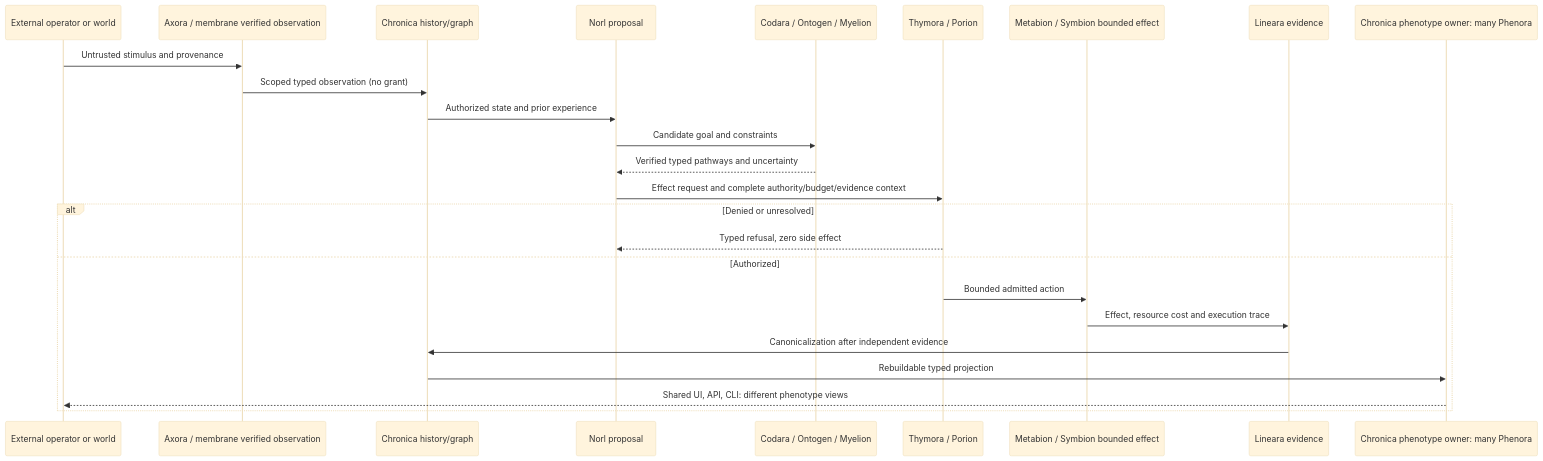
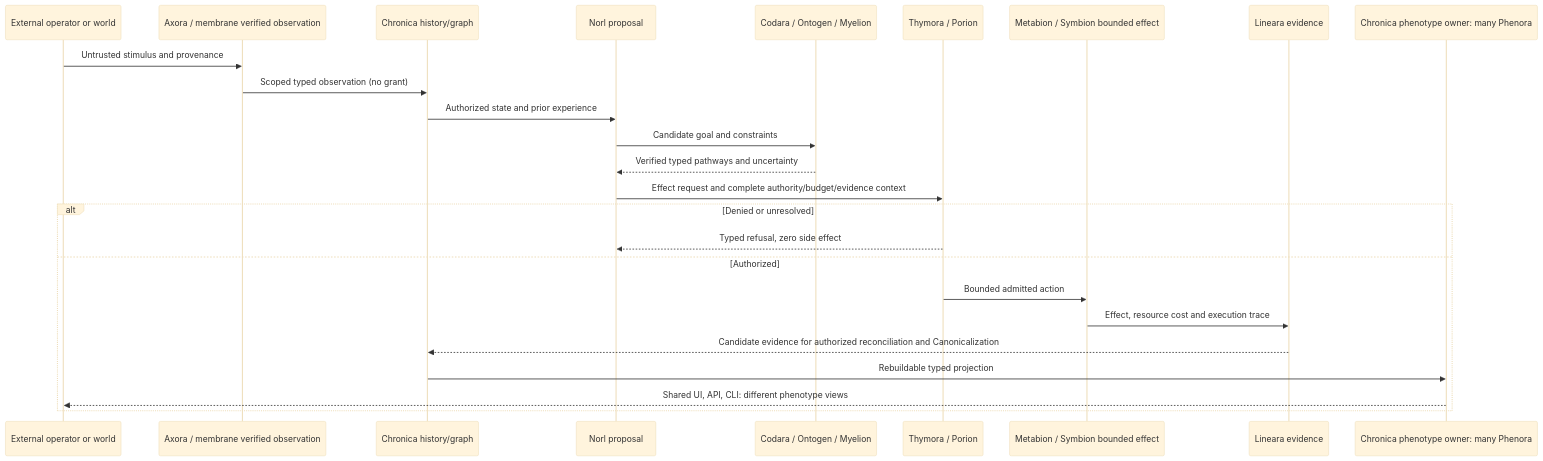
The first of 2 diagrams in tools/build/FINALIZE-GOAL-PROMPT.md (llgtrn/Atlas-Studio), drawn with Mermaid (base theme) before and after one commit. The commit also changed other lines of this file and 10 other files, not shown here.

````diff
--- a/tools/build/FINALIZE-GOAL-PROMPT.md
+++ b/tools/build/FINALIZE-GOAL-PROMPT.md
@@ -86,27 +86,27 @@
 ```mermaid
 sequenceDiagram
     participant W as External operator or world
     participant A as Axora / membrane verified observation
     participant H as Chronica history/graph
     participant N as Norl proposal
     participant C as Codara / Ontogen / Myelion
     participant T as Thymora / Porion
     participant M as Metabion / Symbion bounded effect
     participant L as Lineara evidence
     participant P as Chronica phenotype owner: many Phenora
     W->>A: Untrusted stimulus and provenance
     A->>H: Scoped typed observation (no grant)
     H->>N: Authorized state and prior experience
     N->>C: Candidate goal and constraints
     C-->>N: Verified typed pathways and uncertainty
     N->>T: Effect request and complete authority/budget/evidence context
     alt Denied or unresolved
         T-->>N: Typed refusal, zero side effect
     else Authorized
         T->>M: Bounded admitted action
         M->>L: Effect, resource cost and execution trace
-        L->>H: Canonicalization after independent evidence
+        L-->>H: Candidate evidence for authorized reconciliation and Canonicalization
         H->>P: Rebuildable typed projection
         P-->>W: Shared UI, API, CLI: different phenotype views
     end
 ```
````
